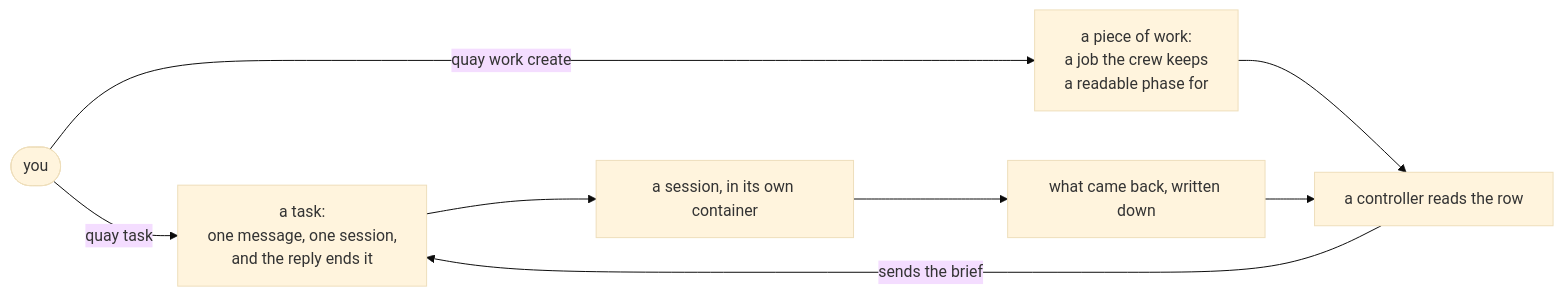
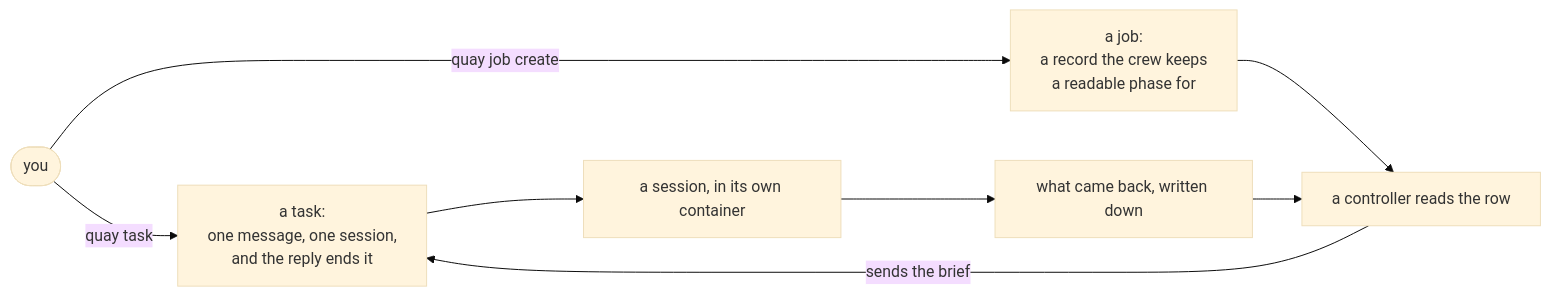
The first of 3 diagrams in docs/TASKS.md (atlantic-blue/quay-crew), drawn with Mermaid (base theme) before and after one commit. The commit also changed other lines of this file and 222 other files, not shown here.

Commit message:
refactor: declared intent is a job, not work

````diff
--- a/docs/TASKS.md
+++ b/docs/TASKS.md
@@ -32,10 +42,10 @@
 ```mermaid
 flowchart LR
     YOU(["you"]) -->|"quay task"| TASK["a task:<br/>one message, one session,<br/>and the reply ends it"]
-    YOU -->|"quay work create"| WORK["a piece of work:<br/>a job the crew keeps<br/>a readable phase for"]
-    WORK --> CTL["a controller reads the row"]
+    YOU -->|"quay job create"| JOB["a job:<br/>a record the crew keeps<br/>a readable phase for"]
+    JOB --> CTL["a controller reads the row"]
     CTL -->|"sends the brief"| TASK
     TASK --> SESSION["a session, in its own container"]
     SESSION --> LANDED["what came back, written down"]
     LANDED --> CTL
 ```
````
